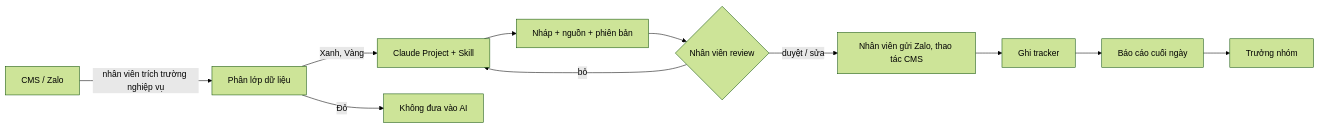
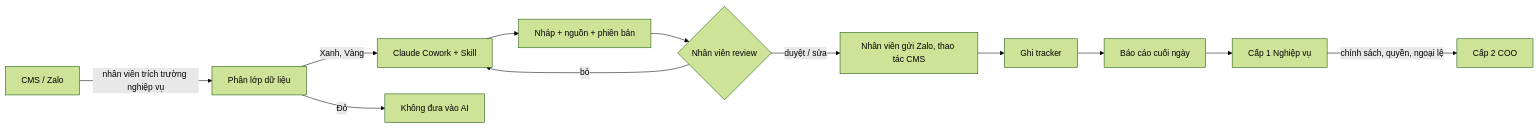
Before and after one commit to khannitran-coder/HI1-AI-Seller-Onboarding: the diagram in README.md, drawn with Mermaid (forest theme). The commit also changed other lines of this file and 31 other files, not shown here.

First line of the commit message:
Chuẩn hoá SOP, 12 bước AI tham gia, chuyển cấp 2 cấp, lớp điều phối Cowork

```diff
--- a/README.md
+++ b/README.md
@@ -45,13 +45,14 @@
 ~~~mermaid
 flowchart LR
   A[CMS / Zalo] -->|nhân viên trích trường nghiệp vụ| B[Phân lớp dữ liệu]
-  B -->|Xanh, Vàng| C[Claude Project + Skill]
+  B -->|Xanh, Vàng| C[Claude Cowork + Skill]
   B -->|Đỏ| X[Không đưa vào AI]
   C --> D[Nháp + nguồn + phiên bản]
   D --> E{Nhân viên review}
   E -->|duyệt / sửa| F[Nhân viên gửi Zalo, thao tác CMS]
   E -->|bỏ| C
   F --> G[Ghi tracker]
   G --> H[Báo cáo cuối ngày]
-  H --> I[Trưởng nhóm]
+  H --> I[Cấp 1 Nghiệp vụ]
+  I -->|chính sách, quyền, ngoại lệ| J[Cấp 2 COO]
 ~~~
```
